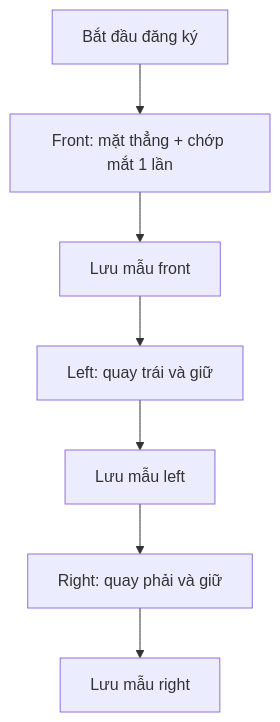
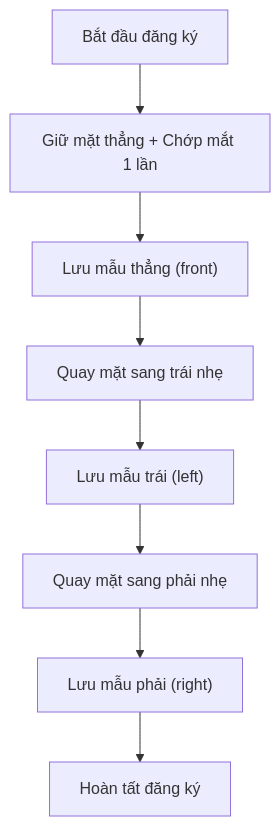
Before and after one commit to DuongDucMinh/ATTENDANCE-VERIFICATION-SYSTEM: the first of 2 diagrams in README.md, drawn with Mermaid. The commit also changed other lines of this file and 1 other file, not shown here.

````diff
--- a/README.md
+++ b/README.md
@@ -16,9 +40,10 @@
 ```mermaid
 flowchart TD
-    A["Bắt đầu đăng ký"] --> B["Front: mặt thẳng + chớp mắt 1 lần"]
-    B --> C["Lưu mẫu front"]
-    C --> D["Left: quay trái và giữ"]
-    D --> E["Lưu mẫu left"]
-    E --> F["Right: quay phải và giữ"]
-    F --> G["Lưu mẫu right"]
+    A["Bắt đầu đăng ký"] --> B["Giữ mặt thẳng + Chớp mắt 1 lần"]
+    B --> C["Lưu mẫu thẳng (front)"]
+    C --> D["Quay mặt sang trái nhẹ"]
+    D --> E["Lưu mẫu trái (left)"]
+    E --> F["Quay mặt sang phải nhẹ"]
+    F --> G["Lưu mẫu phải (right)"]
+    G --> H["Hoàn tất đăng ký"]
 ```
````
